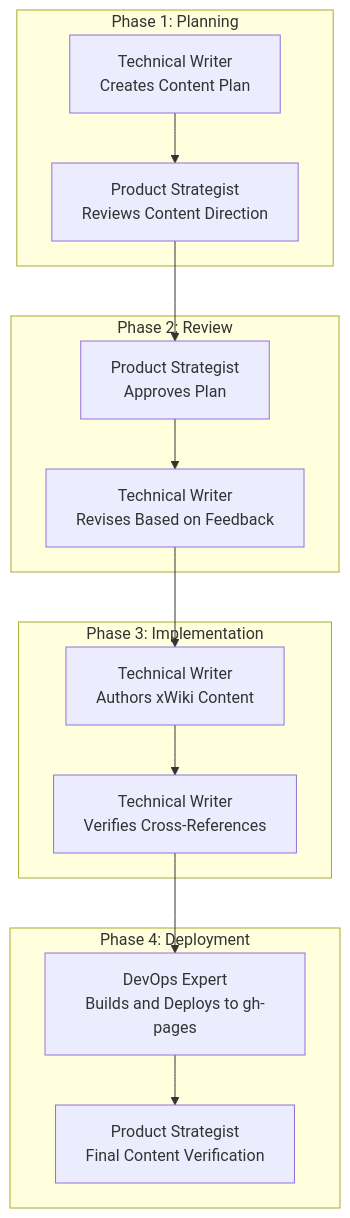
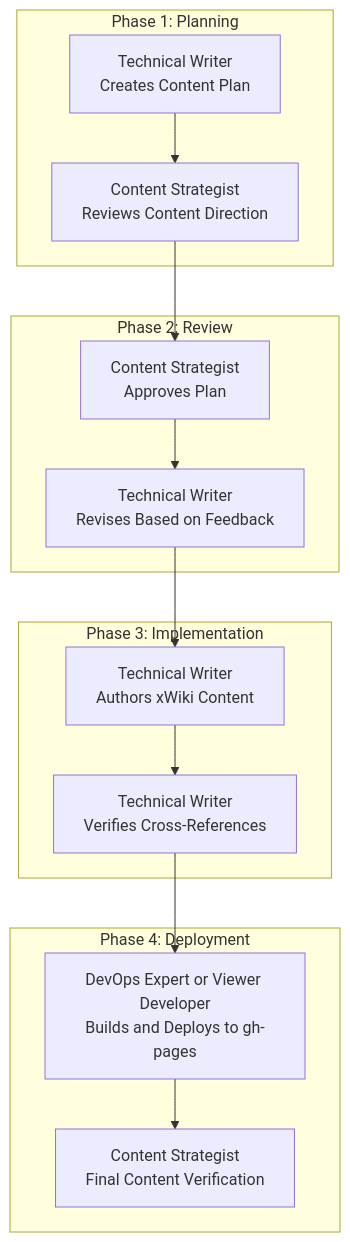
Before and after one commit to robertschaub/BestWorkplace: the first of 2 diagrams in Docs/AGENTS/Multi_Agent_Collaboration_Rules.md, drawn with Mermaid. The commit also changed other lines of this file and 3 other files, not shown here.

First line of the commit message:
docs(agents): restructure roles — add Viewer Developer, rename Content Strategist

````diff
--- a/Docs/AGENTS/Multi_Agent_Collaboration_Rules.md
+++ b/Docs/AGENTS/Multi_Agent_Collaboration_Rules.md
@@ -207,24 +248,24 @@
 ```mermaid
 flowchart TB
     subgraph Phase1["Phase 1: Planning"]
         P1[Technical Writer<br/>Creates Content Plan]
-        P2[Product Strategist<br/>Reviews Content Direction]
+        P2[Content Strategist<br/>Reviews Content Direction]
     end
 
     subgraph Phase2["Phase 2: Review"]
-        R1[Product Strategist<br/>Approves Plan]
+        R1[Content Strategist<br/>Approves Plan]
         R2[Technical Writer<br/>Revises Based on Feedback]
     end
 
     subgraph Phase3["Phase 3: Implementation"]
         I1[Technical Writer<br/>Authors xWiki Content]
         I2[Technical Writer<br/>Verifies Cross-References]
     end
 
     subgraph Phase4["Phase 4: Deployment"]
-        D1[DevOps Expert<br/>Builds and Deploys to gh-pages]
-        D2[Product Strategist<br/>Final Content Verification]
+        D1[DevOps Expert or Viewer Developer<br/>Builds and Deploys to gh-pages]
+        D2[Content Strategist<br/>Final Content Verification]
     end
 
     P1 --> P2 --> R1 --> R2 --> I1 --> I2 --> D1 --> D2
 ```
````
